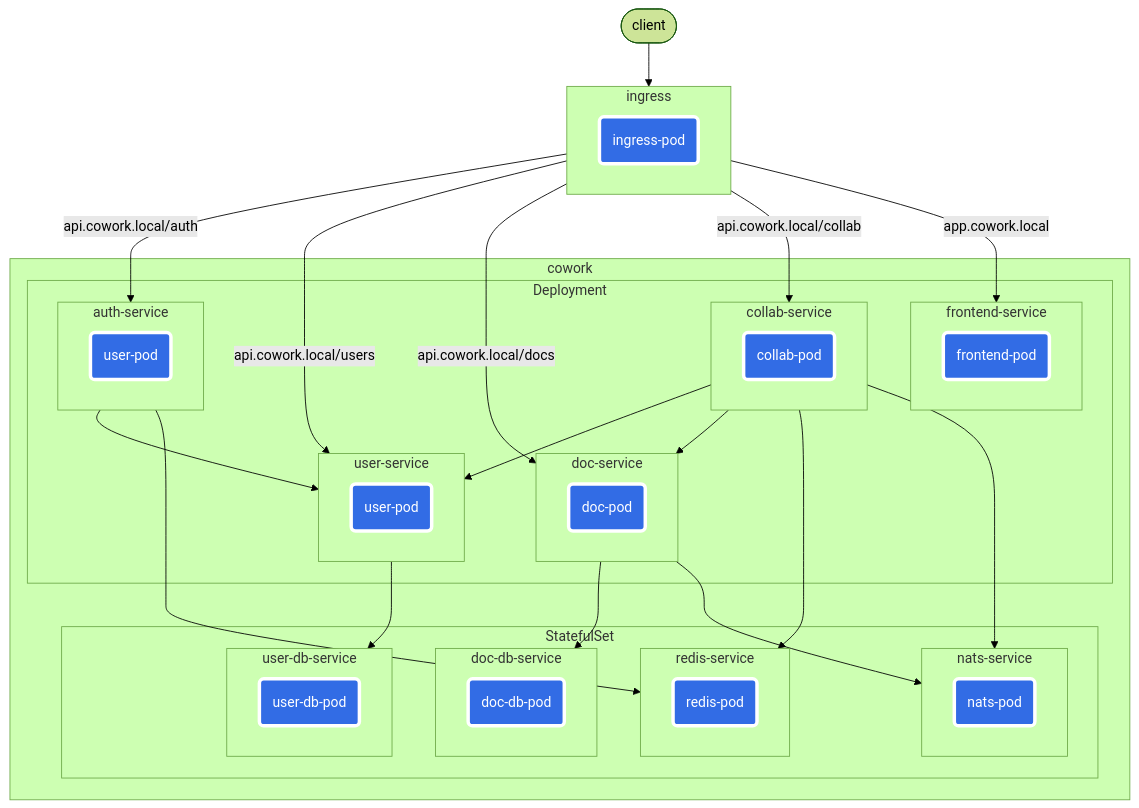
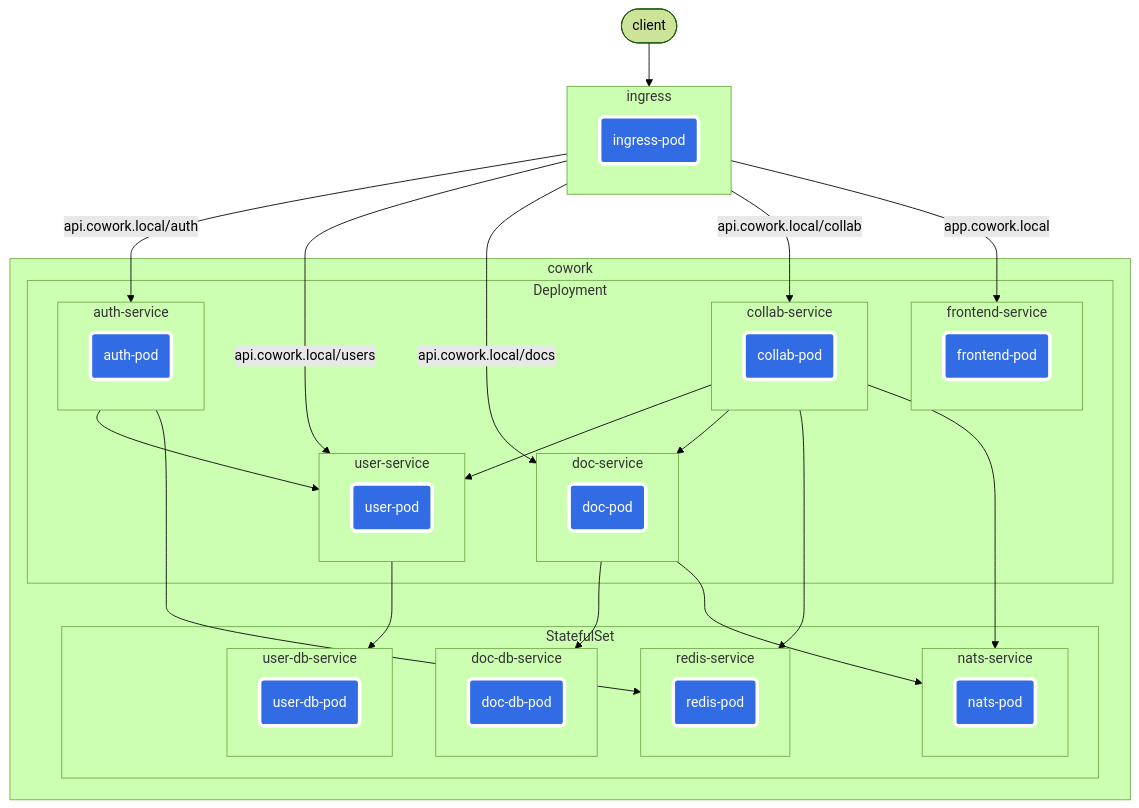
The diagram in README.md (shiroyk/cowork), drawn with Mermaid (forest theme) before and after one commit.

````diff
--- a/README.md
+++ b/README.md
@@ -5,55 +5,55 @@
 ```mermaid
 graph TB
 classDef pod fill:#326ce5,stroke:#fff,stroke-width:4px,color:#fff;
 client([client]) --> ingress
 subgraph ingress
     ingress-pod(ingress-pod):::pod
 end
 subgraph cowork
     subgraph Deployment
         subgraph auth-service
-            auth-pod(user-pod):::pod
+            auth-pod(auth-pod):::pod
         end
         subgraph user-service
             user-pod(user-pod):::pod
         end
         subgraph doc-service
             doc-pod(doc-pod):::pod
         end
         subgraph collab-service
             collab-pod(collab-pod):::pod
         end
         subgraph frontend-service
             frontend-pod(frontend-pod):::pod
         end
     end
     subgraph StatefulSet
         subgraph redis-service
             redis-pod(redis-pod):::pod
         end
         subgraph nats-service
             nats-pod(nats-pod):::pod
         end
         subgraph user-db-service
             user-db-pod(user-db-pod):::pod
         end
         subgraph doc-db-service
             doc-db-pod(doc-db-pod):::pod
         end
     end
     user-service --> user-db-service
     auth-service --> user-service
     collab-service --> user-service
     doc-service --> doc-db-service
     collab-service --> doc-service
     doc-service --> nats-service
     auth-service --> redis-service
     collab-service --> redis-service
     collab-service --> nats-service
 end
 ingress -- api.cowork.local/auth --> auth-service
 ingress -- api.cowork.local/users --> user-service
 ingress -- api.cowork.local/docs --> doc-service
 ingress -- api.cowork.local/collab --> collab-service
 ingress -- app.cowork.local --> frontend-service
 ```
````
